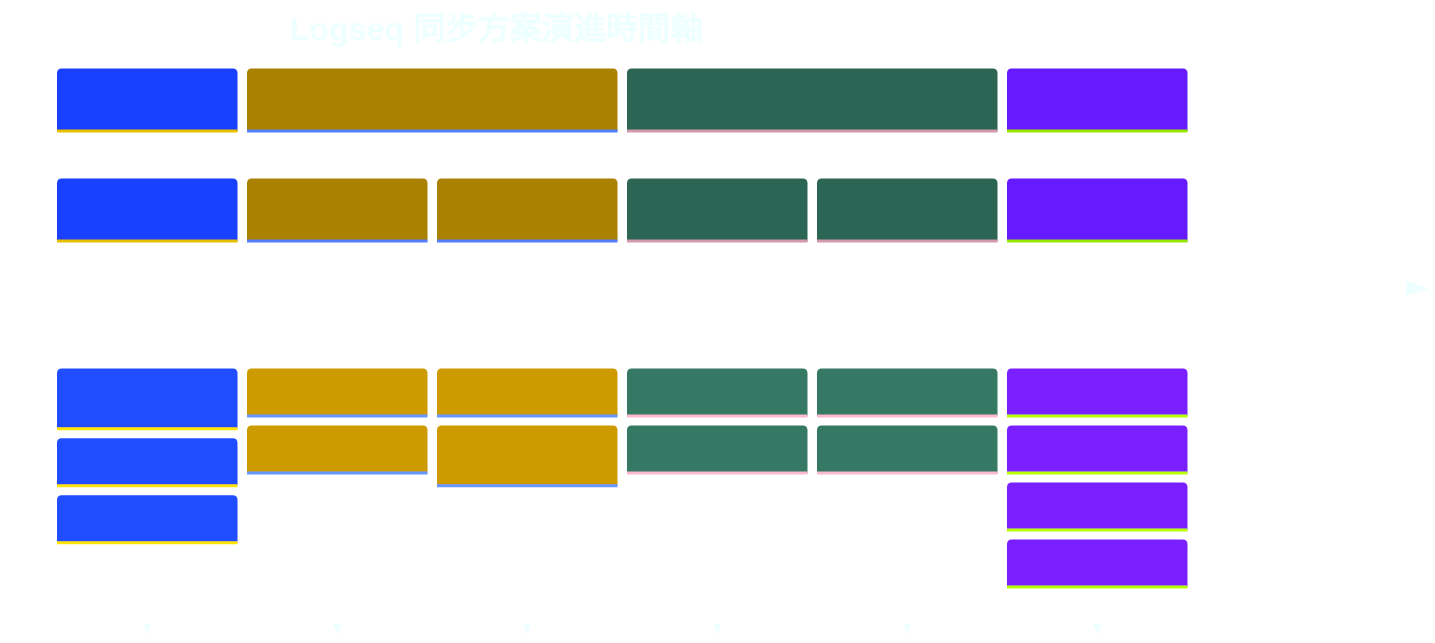
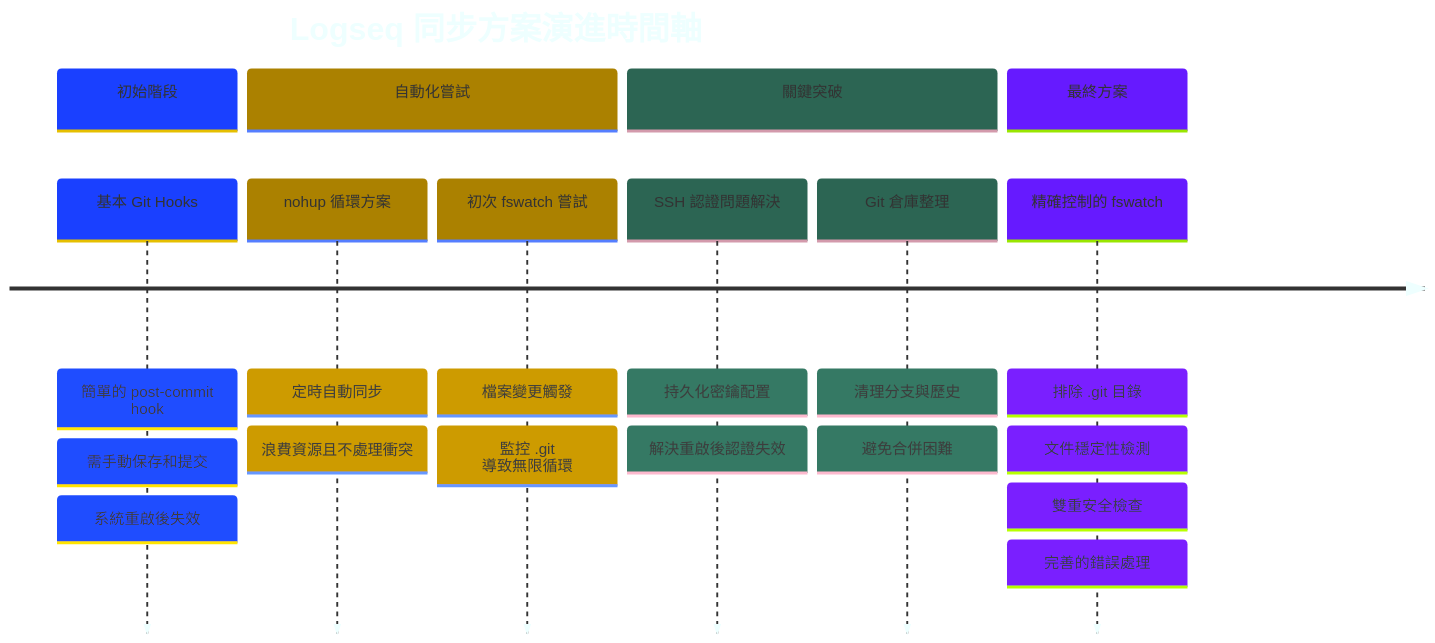
The first of 2 diagrams in Logseq同步方案演進記錄.md (GengGeng026/Sync-Logseq), drawn with Mermaid before and after one commit.

Commit message:
Auto saved by Logseq

````diff
--- a/Logseq同步方案演進記錄.md
+++ b/Logseq同步方案演進記錄.md
@@ -24,43 +24,42 @@
 ```mermaid
 %%{init: {
   'theme': 'base', 
   'themeVariables': {
     'primaryColor': '#99AAFF',
     'secondaryColor': '#FFCB2B',
     'tertiaryColor': '#59B79A',
-    'primaryTextColor': 'transparent',
-    'primaryBorderColor': '#59B79A',
+    'primaryTextColor': '',
     'background': 'transparent',
     'textColor': '#EEFFFF',
     'nodeBorder': '#59B79A',
     'clusterBkg': 'transparent',
     'titleColor': '#EEFFFF',
     'sectionBkgColor': '#273747',
     'sectionBkgColor2': '#334455',
     'sectionBkgColor3': '#3A4A5A',
     'sectionBkgColor4': '#42546A',
     'sectionBkgColor5': '#4B5E78'
   }
 }}%%
 timeline
     title Logseq 同步方案演進時間軸
     section 初始階段
         基本 Git Hooks : 簡單的 post-commit hook
         : 需手動保存和提交
         : 系統重啟後失效
     section 自動化嘗試
         nohup 循環方案 : 定時自動同步
         : 浪費資源且不處理衝突
         初次 fswatch 嘗試 : 檔案變更觸發
         : 監控 .git 導致無限循環
     section 關鍵突破
         SSH 認證問題解決 : 持久化密鑰配置
         : 解決重啟後認證失效
         Git 倉庫整理 : 清理分支與歷史
         : 避免合併困難
     section 最終方案
         精確控制的 fswatch : 排除 .git 目錄
         : 文件穩定性檢測
         : 雙重安全檢查
         : 完善的錯誤處理
 ```
````
